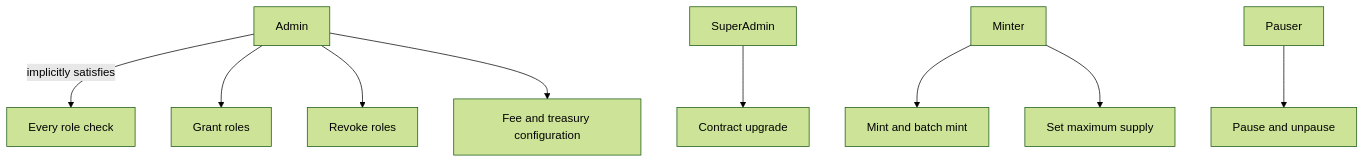
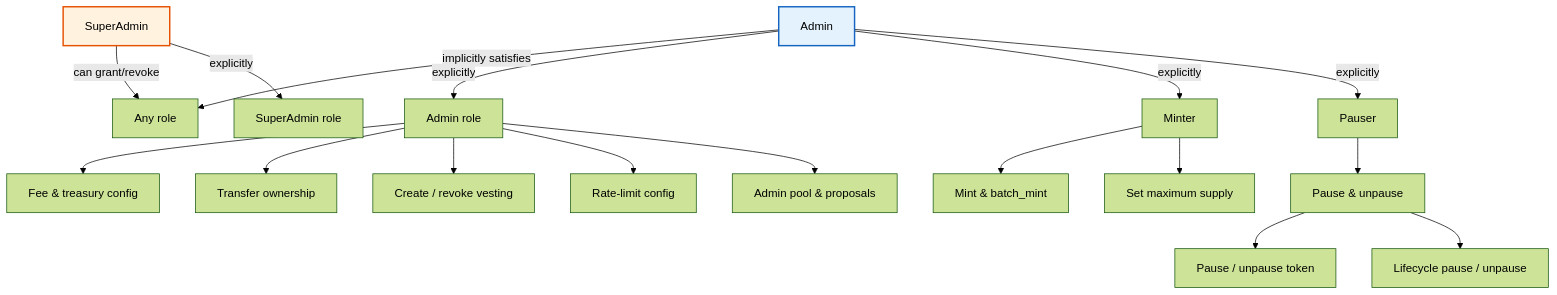
Before and after one commit to BCPathway/bc-forge: the second of 4 diagrams in docs/ACCESS_CONTROL.md, drawn with Mermaid (forest theme). The commit also changed other lines of this file and 66 other files, not shown here.

````diff
--- a/docs/ACCESS_CONTROL.md
+++ b/docs/ACCESS_CONTROL.md
@@ -10,11 +49,22 @@
 ```mermaid
 flowchart TD
-    A[Admin] -->|implicitly satisfies| R[Every role check]
-    SA[SuperAdmin] --> U[Contract upgrade]
-    M[Minter] --> MI[Mint and batch mint]
-    M --> MS[Set maximum supply]
-    P[Pauser] --> PA[Pause and unpause]
-    A --> G[Grant roles]
-    A --> RV[Revoke roles]
-    A --> F[Fee and treasury configuration]
+    SA[SuperAdmin] -->|can grant/revoke| R[Any role]
+    A[Admin] -->|implicitly satisfies| R
+    A -->|explicitly| AD[Admin role]
+    A -->|explicitly| MI[Minter]
+    A -->|explicitly| PA[Pauser]
+    SA -->|explicitly| SA2[SuperAdmin role]
+    MI --> MINT[Mint & batch_mint]
+    MI --> MS[Set maximum supply]
+    PA --> P1[Pause & unpause]
+    P1 --> P2[Pause / unpause token]
+    P1 --> P3[Lifecycle pause / unpause]
+    AD --> FEE[Fee & treasury config]
+    AD --> OWN[Transfer ownership]
+    AD --> VEST[Create / revoke vesting]
+    AD --> RATE[Rate-limit config]
+    AD --> ADMIN_OPS[Admin pool & proposals]
+
+    style SA fill:#fff3e0,stroke:#e65100,stroke-width:2px
+    style A fill:#e3f2fd,stroke:#1565c0,stroke-width:2px
 ```
````
